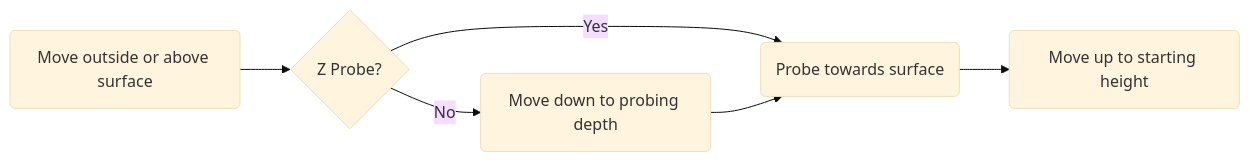
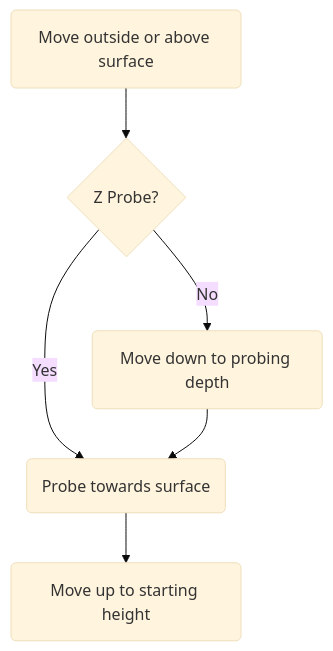
The ninth of 10 diagrams in docs/millennium-os/manual/usage.md (MillenniumMachines/millenniummachines.github.io), drawn with Mermaid (base theme) before and after one commit. The commit also changed other lines of this file, not shown here.

````diff
--- a/docs/millennium-os/manual/usage.md
+++ b/docs/millennium-os/manual/usage.md
@@ -297,10 +331,10 @@
 ```mermaid
-flowchart LR
+flowchart TB
     1(Move outside or above surface)
     2{Z Probe?}
     3(Move down to probing depth)
     4(Probe towards surface)
     5(Move up to starting height)
     1 --> 2 -->|Yes| 4 --> 5
     2 -->|No| 3 --> 4
 ```
````
